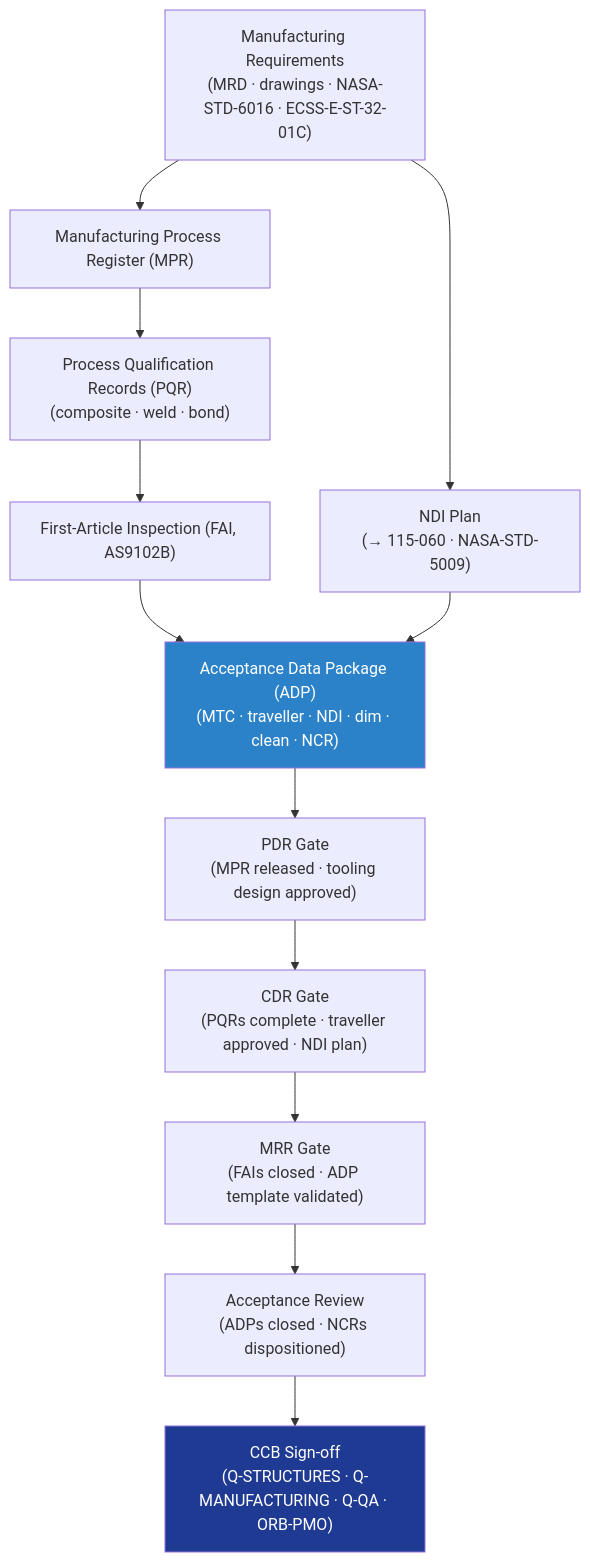
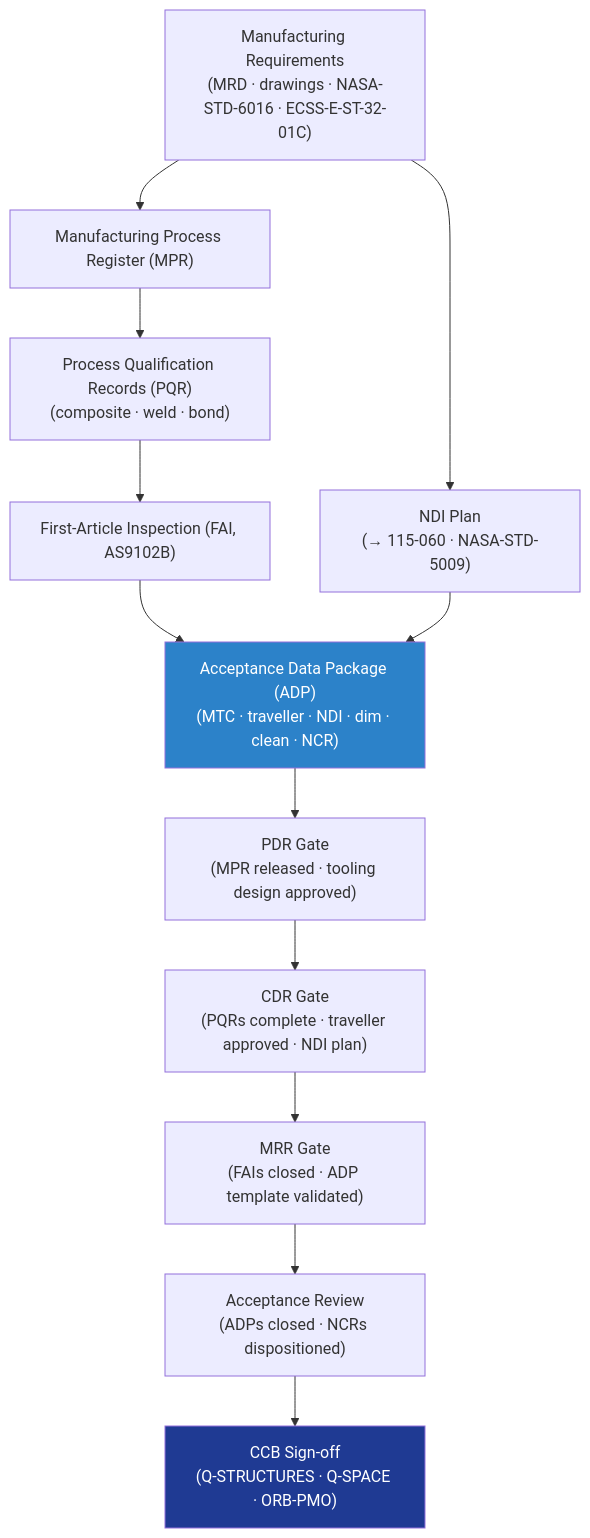
The diagram in Q+ATLANTIDE/100-199_STA/110-119_Estructuras-y-Materiales-Espaciales/115_Fabricacion-Ensamblaje-e-Integracion-Estructural/115-090-Traceability-Evidence-and-Lifecycle-Governance.md (AmedeoPelliccia/DePutapapUE), drawn with Mermaid before and after one commit. The commit also changed other lines of this file and 10 other files, not shown here.

````diff
--- a/Q+ATLANTIDE/100-199_STA/110-119_Estructuras-y-Materiales-Espaciales/115_Fabricacion-Ensamblaje-e-Integracion-Estructural/115-090-Traceability-Evidence-and-Lifecycle-Governance.md
+++ b/Q+ATLANTIDE/100-199_STA/110-119_Estructuras-y-Materiales-Espaciales/115_Fabricacion-Ensamblaje-e-Integracion-Estructural/115-090-Traceability-Evidence-and-Lifecycle-Governance.md
@@ -38,16 +38,16 @@
 ```mermaid
 flowchart TB
     REQ["Manufacturing Requirements\n(MRD · drawings · NASA-STD-6016 · ECSS-E-ST-32-01C)"]
     REQ --> MPR["Manufacturing Process Register (MPR)"]
     REQ --> NDI["NDI Plan\n(→ 115-060 · NASA-STD-5009)"]
     MPR --> PQR["Process Qualification Records (PQR)\n(composite · weld · bond)"]
     PQR --> FAI["First-Article Inspection (FAI, AS9102B)"]
     FAI & NDI --> ADP["Acceptance Data Package (ADP)\n(MTC · traveller · NDI · dim · clean · NCR)"]
     ADP --> PDR["PDR Gate\n(MPR released · tooling design approved)"]
     PDR --> CDR["CDR Gate\n(PQRs complete · traveller approved · NDI plan)"]
     CDR --> MRR["MRR Gate\n(FAIs closed · ADP template validated)"]
     MRR --> AR["Acceptance Review\n(ADPs closed · NCRs dispositioned)"]
-    AR --> CCB["CCB Sign-off\n(Q-STRUCTURES · Q-MANUFACTURING · Q-QA · ORB-PMO)"]
+    AR --> CCB["CCB Sign-off\n(Q-STRUCTURES · Q-SPACE · ORB-PMO)"]
     style ADP fill:#2c82c9,color:#fff
     style CCB fill:#1f3a93,color:#fff
 ```
````
